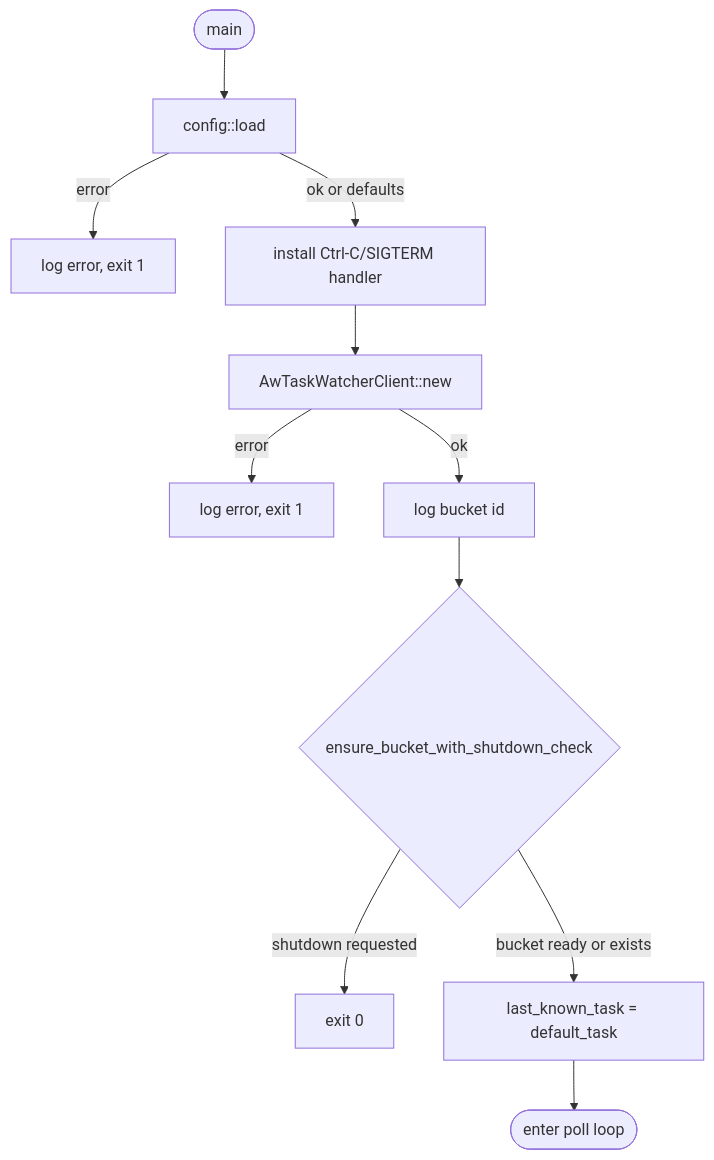
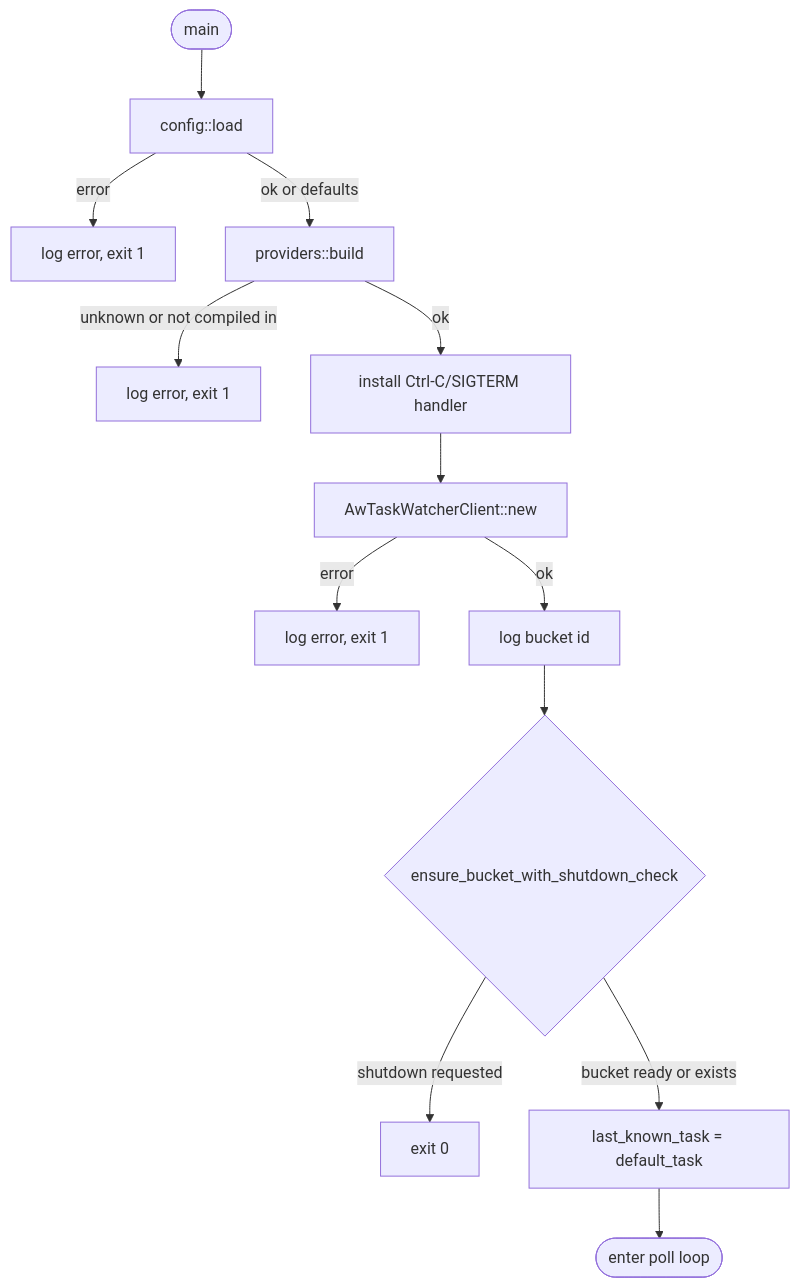
Before and after one commit to emirhg/aw-taskwarrior: the second of 4 diagrams in docs/architecture.md, drawn with Mermaid. The commit also changed other lines of this file and 18 other files, not shown here.

````diff
--- a/docs/architecture.md
+++ b/docs/architecture.md
@@ -27,13 +28,15 @@
 ```mermaid
 flowchart TD
     A([main]) --> B[config::load]
     B -->|error| X1[log error, exit 1]
-    B -->|ok or defaults| C[install Ctrl-C/SIGTERM handler]
+    B -->|ok or defaults| P[providers::build]
+    P -->|unknown or not compiled in| X4[log error, exit 1]
+    P -->|ok| C[install Ctrl-C/SIGTERM handler]
     C --> D[AwTaskWatcherClient::new]
     D -->|error| X2[log error, exit 1]
     D -->|ok| E[log bucket id]
     E --> F{ensure_bucket_with_shutdown_check}
     F -->|shutdown requested| X3[exit 0]
     F -->|bucket ready or exists| G[last_known_task = default_task]
     G --> H([enter poll loop])
 ```
````
